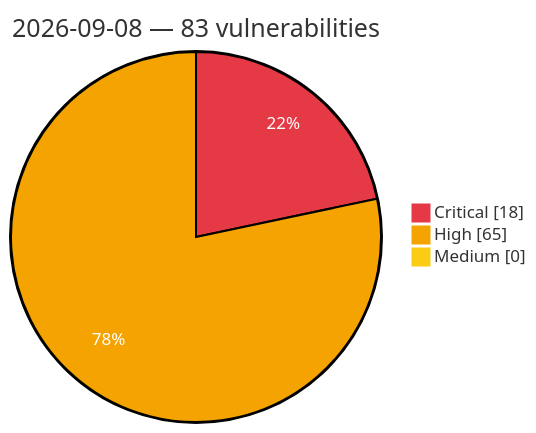
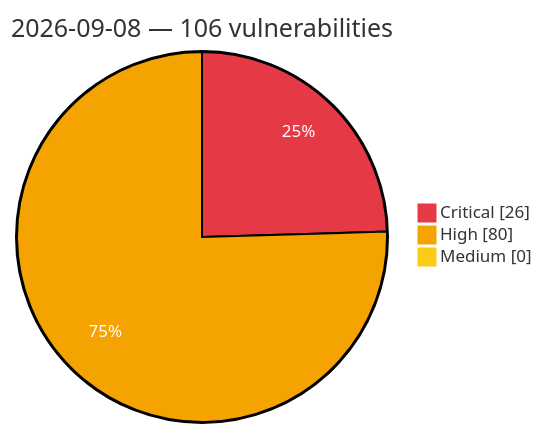
One commit to GhostX0X/vuln-tracker changed the diagram in vulnerabilities/2026/September/2026-09-08.md. Above: the diagram before and after it, drawn with Mermaid. The commit also changed other lines of this file and 5 other files, not shown here.

Commit message:
Auto update: critical/high vulns (2026-09-08 22:59 UTC)

````diff
--- a/vulnerabilities/2026/September/2026-09-08.md
+++ b/vulnerabilities/2026/September/2026-09-08.md
@@ -3,8 +3,8 @@
 ```mermaid
 %%{init: {'theme':'base', 'themeVariables': {'pie1':'#e63946', 'pie2':'#f4a300', 'pie3':'#facc15', 'pieOpacity':'1', 'pieOuterStrokeWidth':'2px', 'pieSectionTextColor':'#ffffff'}}}%%
 pie showData
-    title 2026-09-08 — 83 vulnerabilities
-    "Critical" : 18
-    "High" : 65
+    title 2026-09-08 — 106 vulnerabilities
+    "Critical" : 26
+    "High" : 80
     "Medium" : 0
 ```
````
